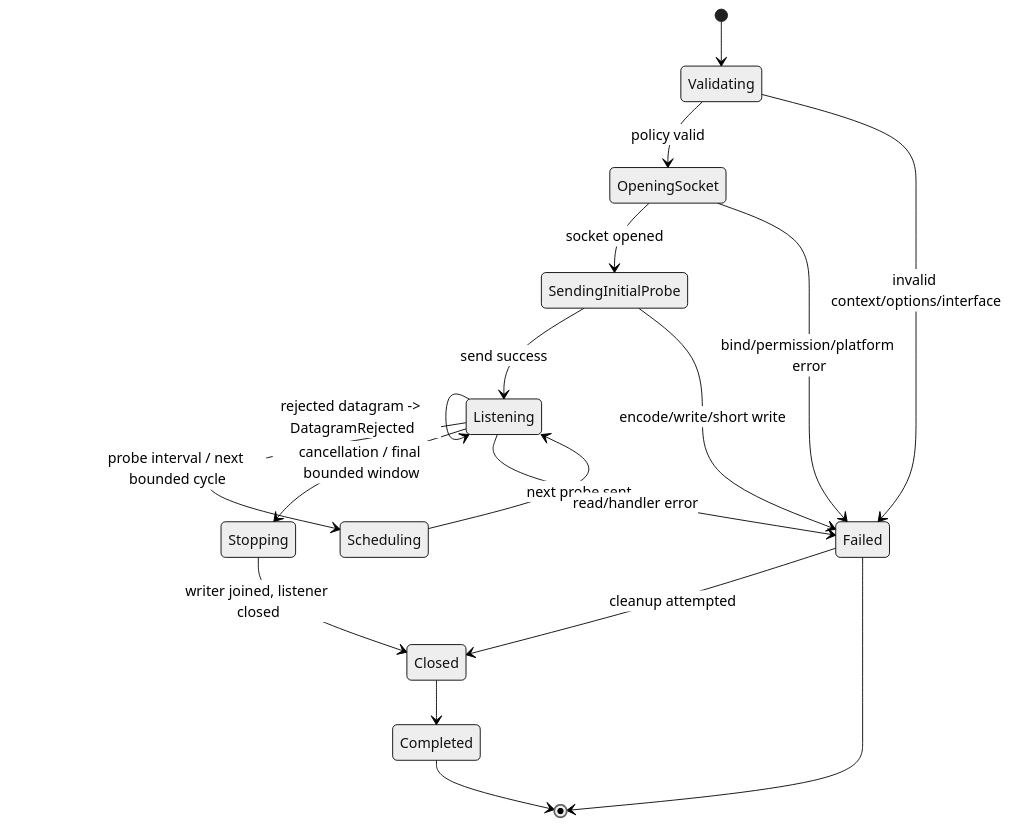
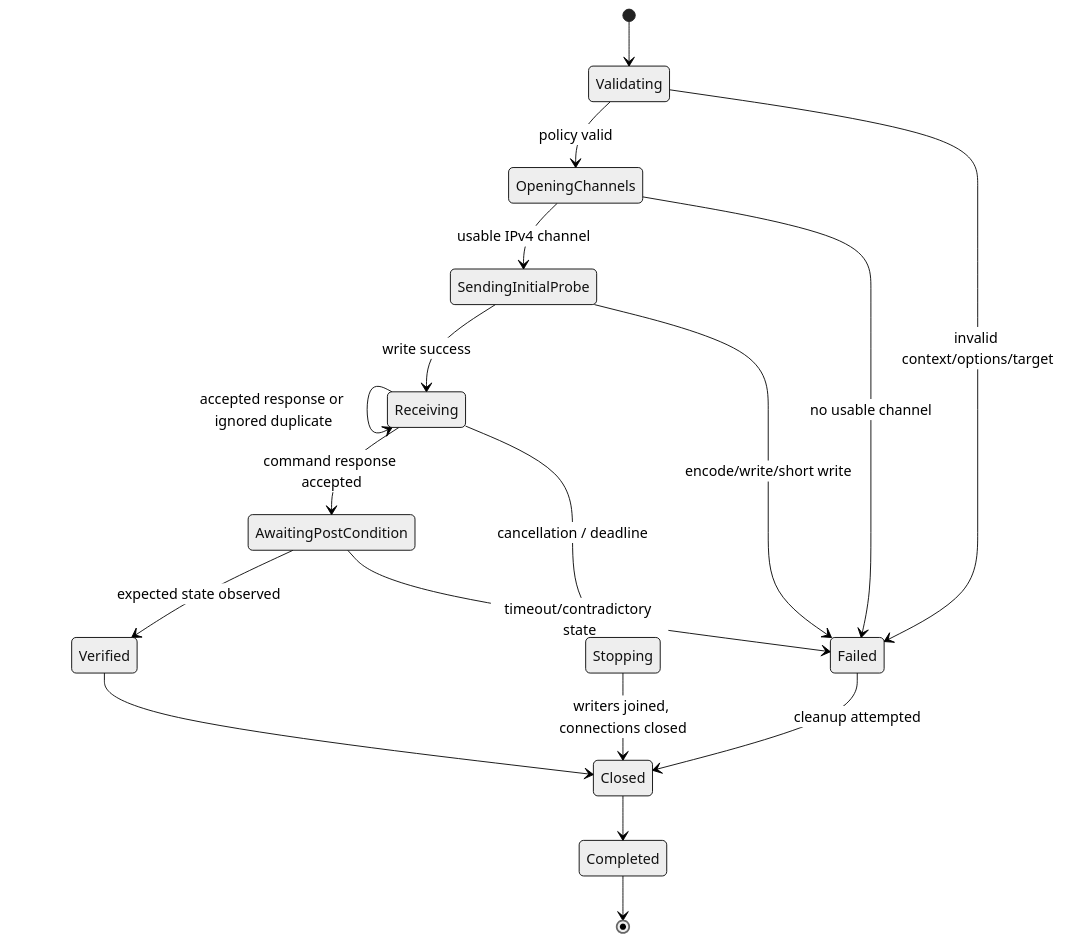
The eighth of 8 diagrams in docs/ru/WORKFLOW.md (CDSRaBot/sadp-handler.GO), drawn with Mermaid (neutral theme) before and after one commit. The commit also changed other lines of this file, not shown here.

````diff
--- a/docs/ru/WORKFLOW.md
+++ b/docs/ru/WORKFLOW.md
@@ -236,21 +362,20 @@
 ```mermaid
 stateDiagram-v2
     [*] --> Validating
-    Validating --> OpeningSocket: policy valid
-    Validating --> Failed: invalid context/options/interface
-    OpeningSocket --> SendingInitialProbe: socket opened
-    OpeningSocket --> Failed: bind/permission/platform error
-    SendingInitialProbe --> Listening: send success
+    Validating --> OpeningChannels: policy valid
+    Validating --> Failed: invalid context/options/target
+    OpeningChannels --> SendingInitialProbe: usable IPv4 channel
+    OpeningChannels --> Failed: no usable channel
+    SendingInitialProbe --> Receiving: write success
     SendingInitialProbe --> Failed: encode/write/short write
-    Listening --> Listening: valid datagram -> DeviceFound
-    Listening --> Listening: rejected datagram -> DatagramRejected
-    Listening --> Scheduling: probe interval / next bounded cycle
-    Scheduling --> Listening: next probe sent
-    Listening --> Stopping: cancellation / final bounded window
-    Listening --> Failed: read/handler error
-    Stopping --> Closed: writer joined, listener closed
+    Receiving --> Receiving: accepted response or ignored duplicate
+    Receiving --> AwaitingPostCondition: command response accepted
+    Receiving --> Stopping: cancellation / deadline
+    AwaitingPostCondition --> Verified: expected state observed
+    AwaitingPostCondition --> Failed: timeout/contradictory state
+    Stopping --> Closed: writers joined, connections closed
+    Verified --> Closed
+    Failed --> Closed: cleanup attempted
     Closed --> Completed
-    Failed --> Closed: cleanup attempted
     Completed --> [*]
-    Failed --> [*]
 ```
````
